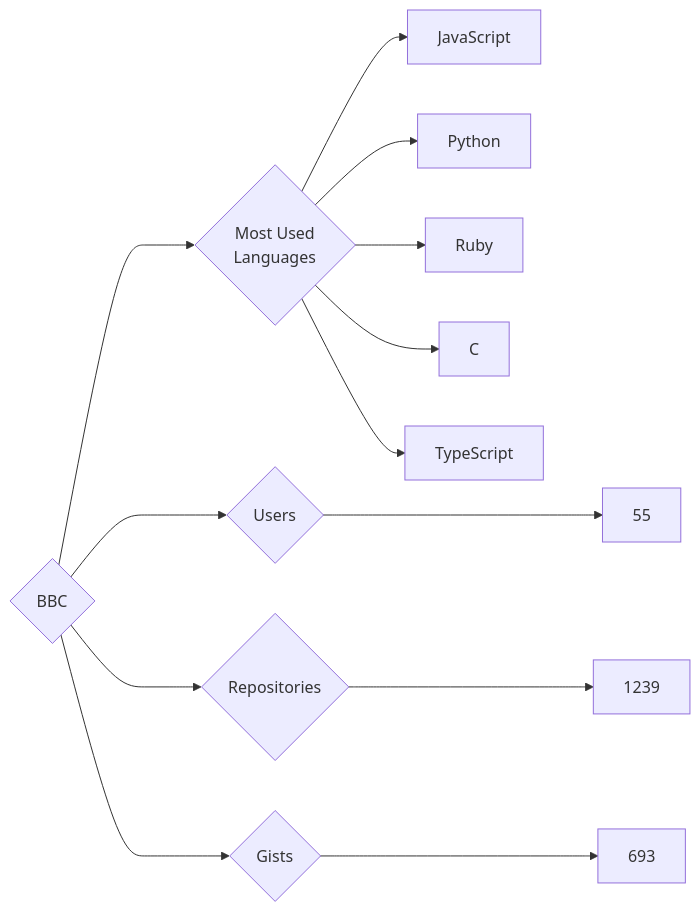
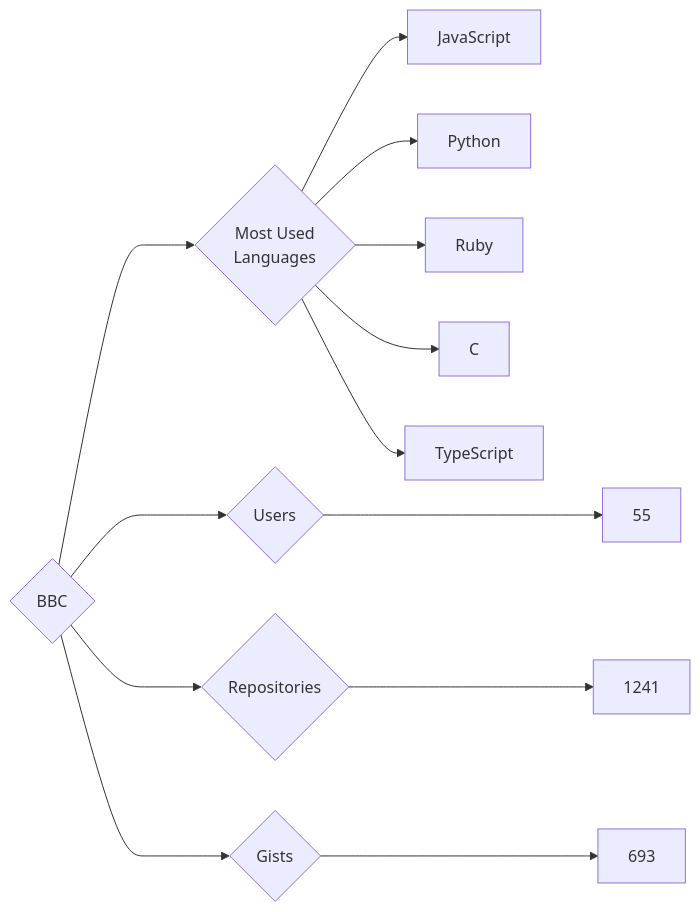
One commit to trickest/insiders changed the diagram in targets/BBC/README.md. Above: the diagram before and after it, drawn with Mermaid. The commit also changed 569 other files, not shown here.

````diff
--- a/targets/BBC/README.md
+++ b/targets/BBC/README.md
@@ -3,13 +3,13 @@
 ```mermaid
 graph LR
 COMPANY_NAME{BBC}
 COMPANY_NAME ---> U{Users} ---> UN[55]
-COMPANY_NAME ---> R{Repositories} ---> RN[1239]
+COMPANY_NAME ---> R{Repositories} ---> RN[1241]
 COMPANY_NAME ---> G{Gists} ---> GN[693]
 COMPANY_NAME ---> ML{Most Used<br>Languages}
 ML --> JavaScript[JavaScript]
 ML --> Python[Python]
 ML --> Ruby[Ruby]
 ML --> C[C]
 ML --> TypeScript[TypeScript]
 ```
````
